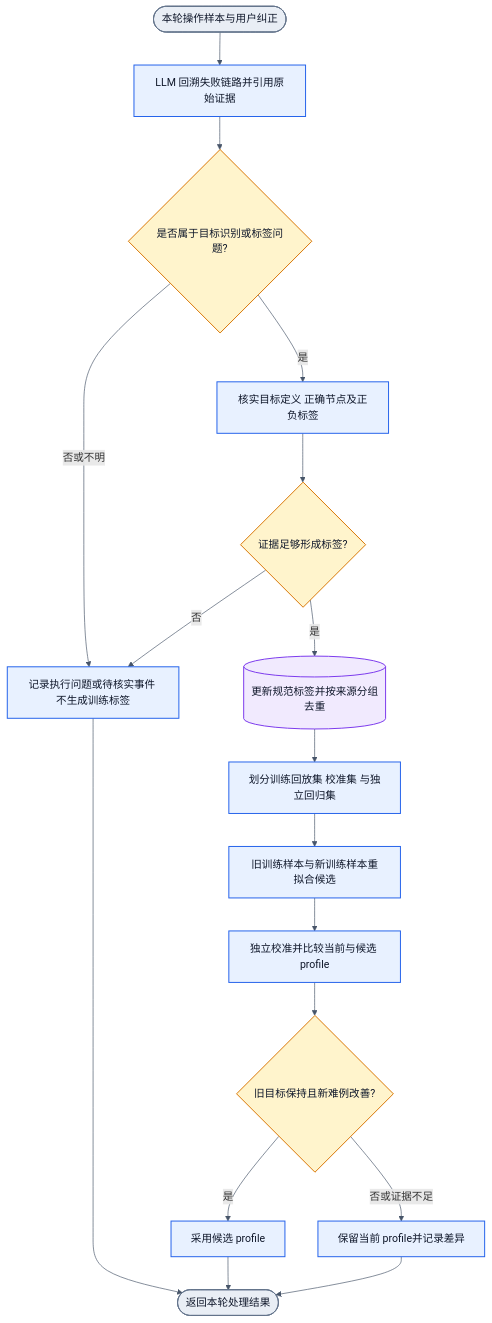
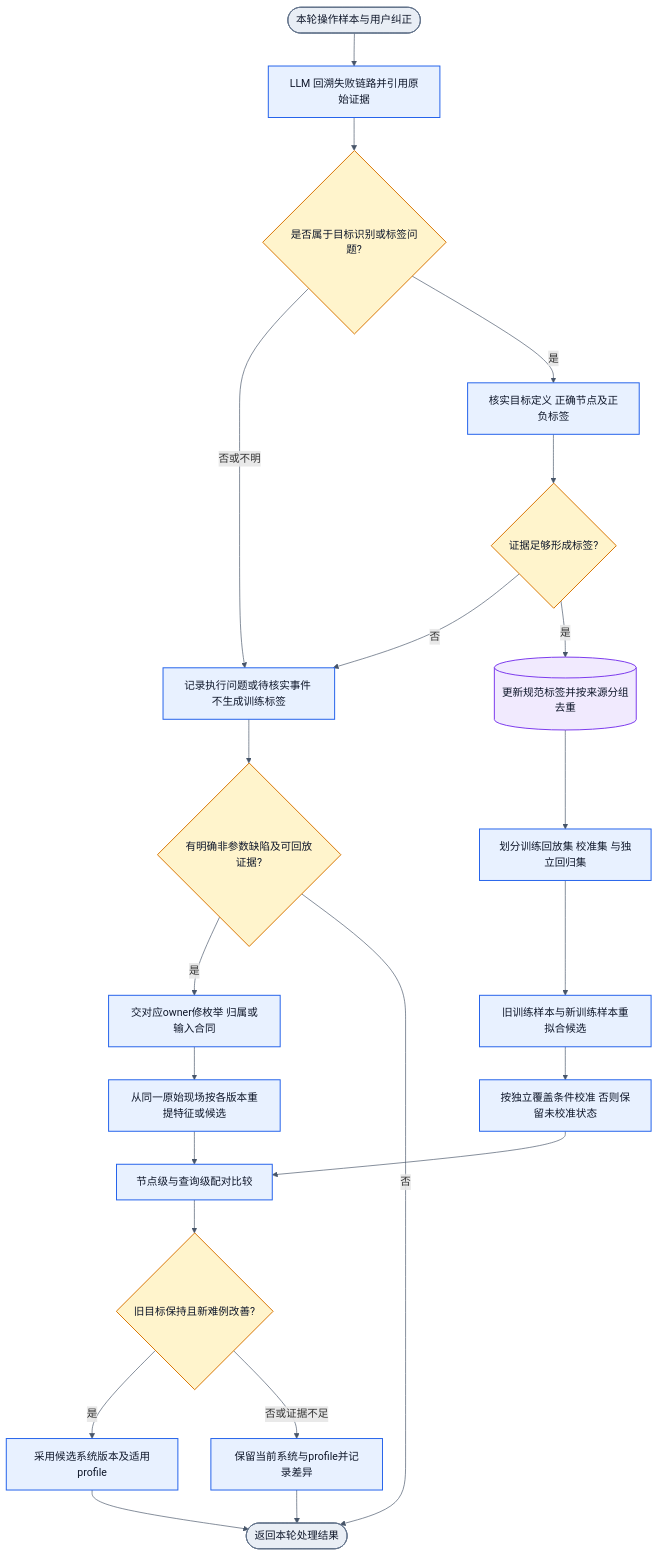
The second of 2 diagrams in research/browser-semantic-modes.md (Jasonzhangf/NNAnything), drawn with Mermaid before and after one commit. The commit also changed other lines of this file and 8 other files, not shown here.

````diff
--- a/research/browser-semantic-modes.md
+++ b/research/browser-semantic-modes.md
@@ -92,24 +94,29 @@
 ```mermaid
 flowchart TD
   S([本轮操作样本与用户纠正]):::boundary --> C[LLM 回溯失败链路并引用原始证据]:::action
   C --> D{是否属于目标识别或标签问题?}:::decision
   D -->|否或不明| U[记录执行问题或待核实事件 不生成训练标签]:::action
   D -->|是| L[核实目标定义 正确节点及正负标签]:::action
   L --> Q{证据足够形成标签?}:::decision
   Q -->|否| U
   Q -->|是| T[(更新规范标签并按来源分组去重)]:::data
   T --> P[划分训练回放集 校准集 与独立回归集]:::action
   P --> F[旧训练样本与新训练样本重拟合候选]:::action
-  F --> K[独立校准并比较当前与候选 profile]:::action
-  K --> V{旧目标保持且新难例改善?}:::decision
-  V -->|是| A[采用候选 profile]:::action
-  V -->|否或证据不足| B[保留当前 profile并记录差异]:::action
-  U --> Z([返回本轮处理结果]):::boundary
+  F --> K[按独立覆盖条件校准 否则保留未校准状态]:::action
+  K --> J[节点级与查询级配对比较]:::action
+  J --> V{旧目标保持且新难例改善?}:::decision
+  V -->|是| A[采用候选系统版本及适用profile]:::action
+  V -->|否或证据不足| B[保留当前系统与profile并记录差异]:::action
+  U --> W{有明确非参数缺陷及可回放证据?}:::decision
+  W -->|是| X[交对应owner修枚举 归属或输入合同]:::action
+  X --> Y[从同一原始现场按各版本重提特征或候选]:::action
+  Y --> J
+  W -->|否| Z([返回本轮处理结果]):::boundary
   A --> Z
   B --> Z
   classDef boundary fill:#E9EEF5,stroke:#64748B,color:#0F172A,stroke-width:1.5px
   classDef action fill:#E8F1FF,stroke:#2563EB,color:#0F172A,stroke-width:1.5px
   classDef decision fill:#FFF4CC,stroke:#D97706,color:#0F172A,stroke-width:1.5px
   classDef data fill:#F1EAFE,stroke:#7C3AED,color:#0F172A,stroke-width:1.5px
   linkStyle default stroke:#475569
 ```
````
